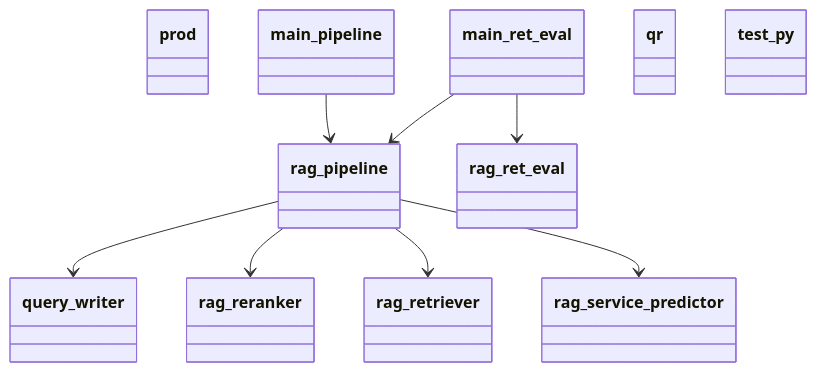
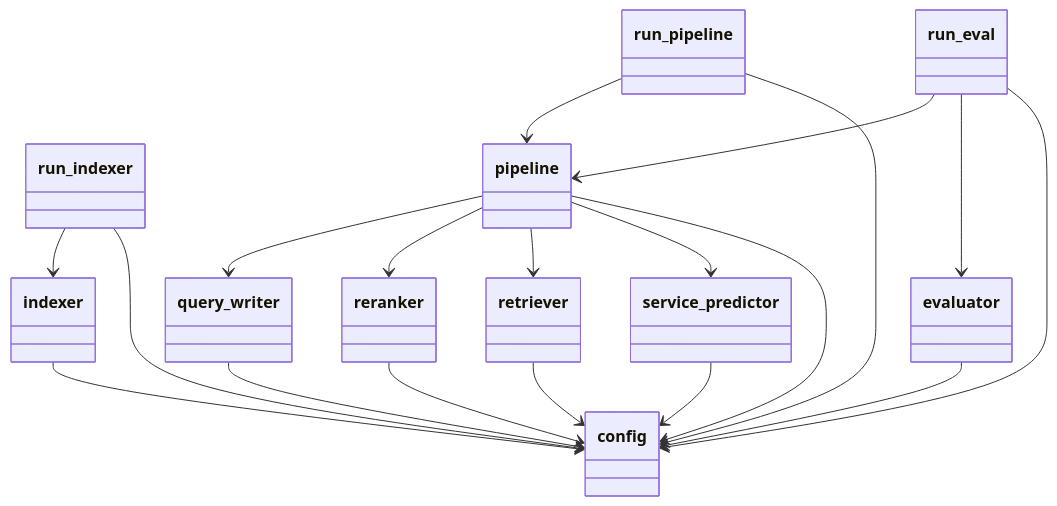
The diagram in docs/packages.mmd (shijujt/total-recall), drawn with Mermaid before and after one commit. The commit also changed 4 other files, not shown here.

First line of the commit message:
Update Mermaid diagrams to reflect restructured project

```diff
--- a/docs/packages.mmd
+++ b/docs/packages.mmd
@@ -1,30 +1,41 @@
 classDiagram
-  class prod {
+  class run_indexer {
   }
-  class main_pipeline {
+  class run_pipeline {
   }
-  class main_ret_eval {
+  class run_eval {
   }
-  class qr {
+  class config {
+  }
+  class pipeline {
+  }
+  class retriever {
+  }
+  class reranker {
+  }
+  class service_predictor {
+  }
+  class evaluator {
+  }
+  class indexer {
   }
   class query_writer {
   }
-  class rag_pipeline {
-  }
-  class rag_reranker {
-  }
-  class rag_ret_eval {
-  }
-  class rag_retriever {
-  }
-  class rag_service_predictor {
-  }
-  class test_py {
-  }
-  main_pipeline --> rag_pipeline
-  main_ret_eval --> rag_pipeline
-  main_ret_eval --> rag_ret_eval
-  rag_pipeline --> query_writer
-  rag_pipeline --> rag_reranker
-  rag_pipeline --> rag_retriever
-  rag_pipeline --> rag_service_predictor
+  run_indexer --> indexer
+  run_indexer --> config
+  run_pipeline --> pipeline
+  run_pipeline --> config
+  run_eval --> pipeline
+  run_eval --> evaluator
+  run_eval --> config
+  pipeline --> query_writer
+  pipeline --> reranker
+  pipeline --> retriever
+  pipeline --> service_predictor
+  pipeline --> config
+  indexer --> config
+  retriever --> config
+  reranker --> config
+  service_predictor --> config
+  evaluator --> config
+  query_writer --> config
```
